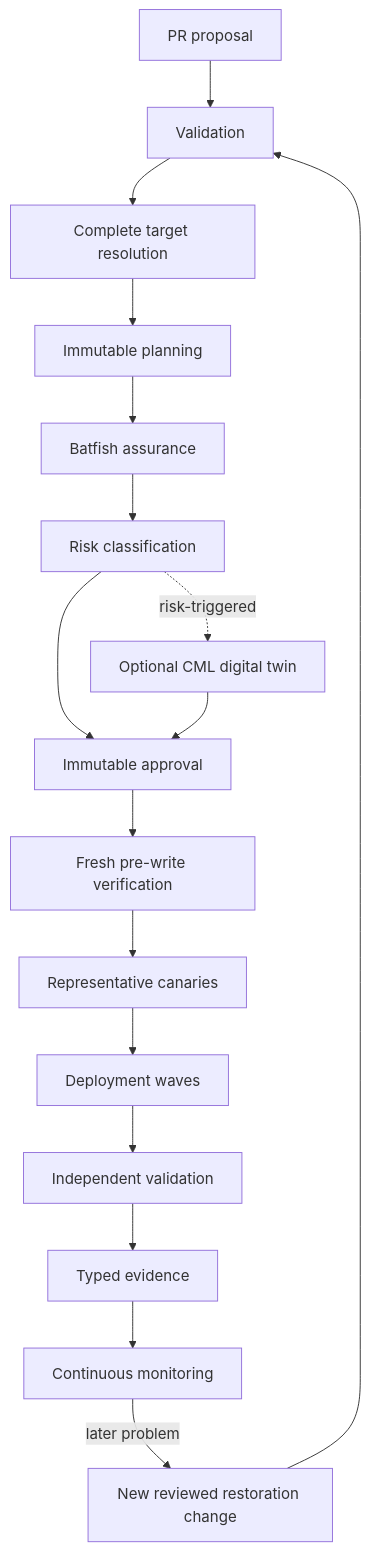
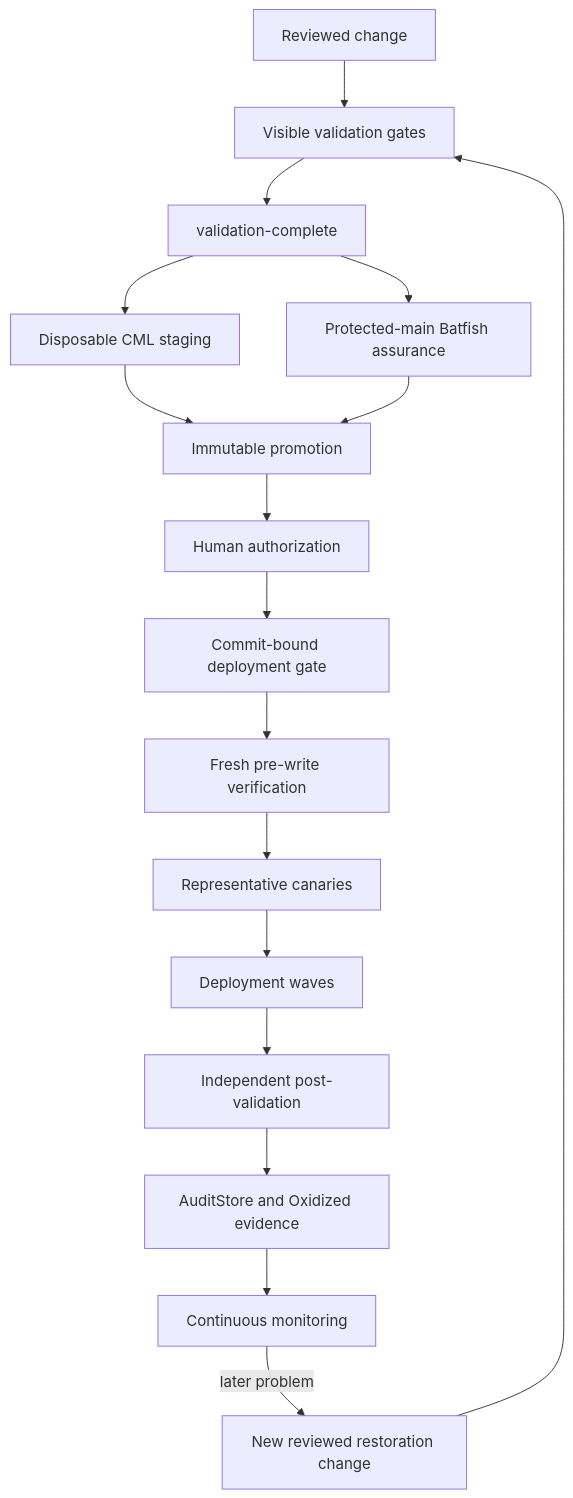
Before and after one commit to Atheer-Kareem/network-change-delivery-platform: the diagram in docs/architecture/change-lifecycle.md, drawn with Mermaid. The commit also changed other lines of this file and 12 other files, not shown here.

````diff
--- a/docs/architecture/change-lifecycle.md
+++ b/docs/architecture/change-lifecycle.md
@@ -7,19 +7,19 @@
 ```mermaid
 flowchart TD
-  PR[PR proposal] --> V[Validation]
-  V --> T[Complete target resolution]
-  T --> P[Immutable planning]
-  P --> B[Batfish assurance]
-  B --> R[Risk classification]
-  R --> A[Immutable approval]
-  R -. risk-triggered .-> C[Optional CML digital twin]
-  C --> A
-  A --> F[Fresh pre-write verification]
+  PR[Reviewed change] --> V[Visible validation gates]
+  V --> VB[validation-complete]
+  VB --> C[Disposable CML staging]
+  VB --> B[Protected-main Batfish assurance]
+  C --> P[Immutable promotion]
+  B --> P
+  P --> A[Human authorization]
+  A --> G[Commit-bound deployment gate]
+  G --> F[Fresh pre-write verification]
   F --> K[Representative canaries]
   K --> W[Deployment waves]
-  W --> I[Independent validation]
-  I --> E[Typed evidence]
+  W --> I[Independent post-validation]
+  I --> E[AuditStore and Oxidized evidence]
   E --> M[Continuous monitoring]
   M -->|later problem| D[New reviewed restoration change]
   D --> V
 ```
````
